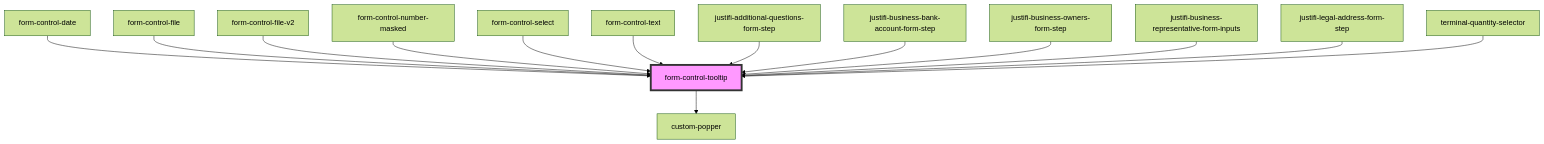
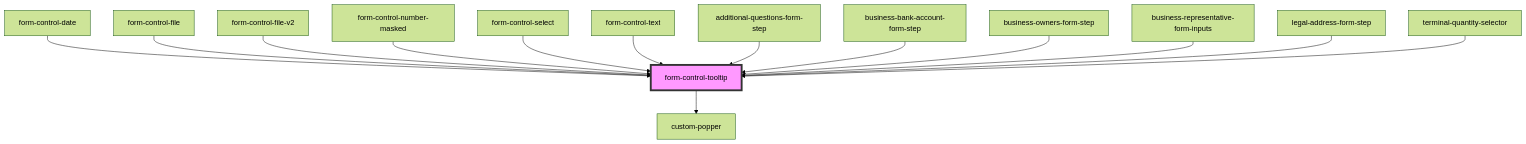
One commit to justifi-tech/web-component-library changed the diagram in packages/webcomponents/src/ui-components/form/form-helpers/form-control-tooltip/readme.md. Above: the diagram before and after it, drawn with Mermaid (forest theme). The commit also changed other lines of this file and 36 other files, not shown here.

````diff
--- a/packages/webcomponents/src/ui-components/form/form-helpers/form-control-tooltip/readme.md
+++ b/packages/webcomponents/src/ui-components/form/form-helpers/form-control-tooltip/readme.md
@@ -37,17 +37,17 @@
 ```mermaid
 graph TD;
   form-control-tooltip --> custom-popper
   form-control-date --> form-control-tooltip
   form-control-file --> form-control-tooltip
   form-control-file-v2 --> form-control-tooltip
   form-control-number-masked --> form-control-tooltip
   form-control-select --> form-control-tooltip
   form-control-text --> form-control-tooltip
-  justifi-additional-questions-form-step --> form-control-tooltip
-  justifi-business-bank-account-form-step --> form-control-tooltip
-  justifi-business-owners-form-step --> form-control-tooltip
-  justifi-business-representative-form-inputs --> form-control-tooltip
-  justifi-legal-address-form-step --> form-control-tooltip
+  additional-questions-form-step --> form-control-tooltip
+  business-bank-account-form-step --> form-control-tooltip
+  business-owners-form-step --> form-control-tooltip
+  business-representative-form-inputs --> form-control-tooltip
+  legal-address-form-step --> form-control-tooltip
   terminal-quantity-selector --> form-control-tooltip
   style form-control-tooltip fill:#f9f,stroke:#333,stroke-width:4px
 ```
````
